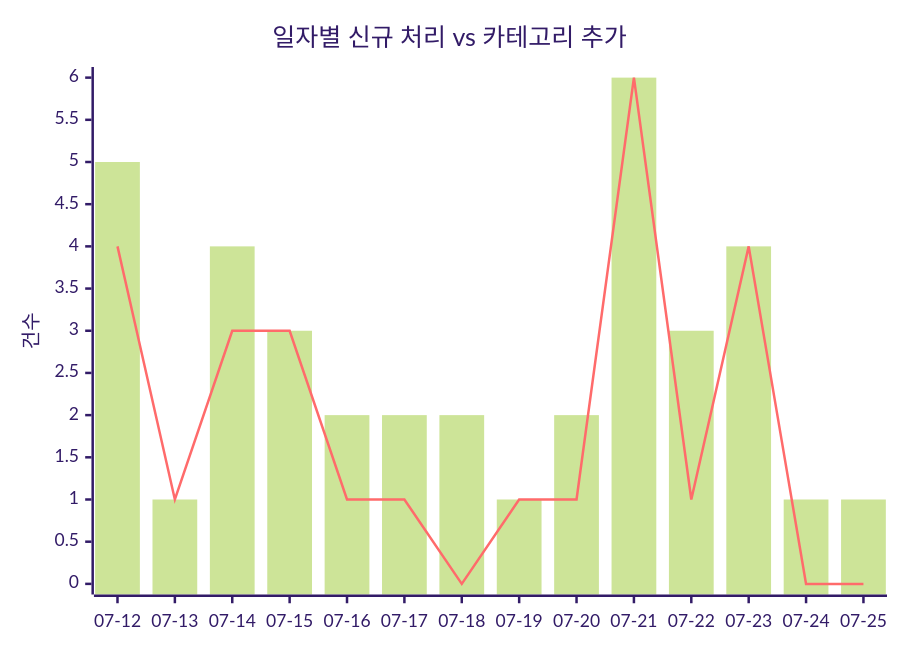
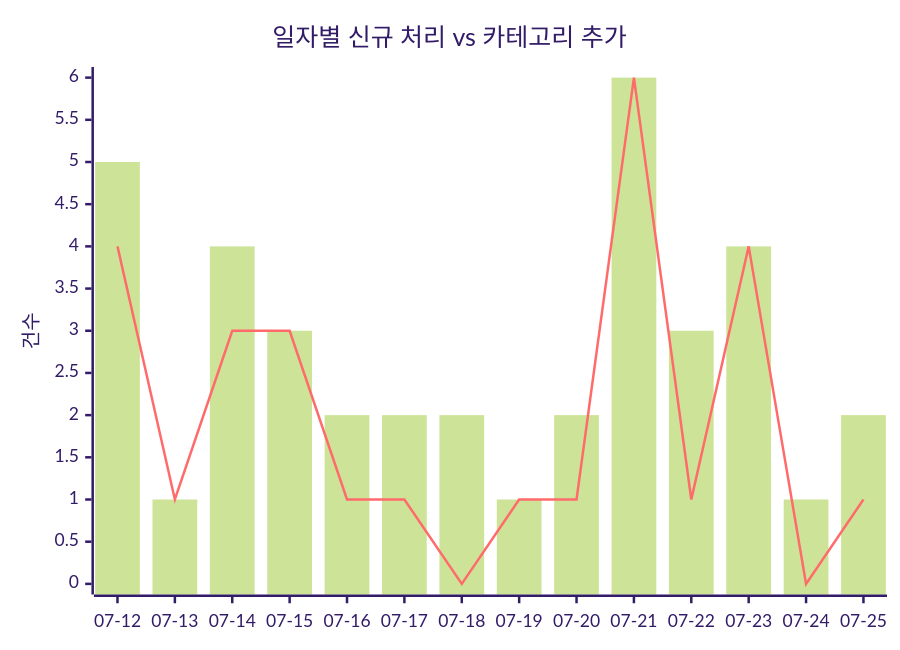
Before and after one commit to J-nowcow/awesome-korean-agent-skills: the first of 2 diagrams in docs/trends.md, drawn with Mermaid (forest theme). The commit also changed other lines of this file and 4 other files, not shown here.

````diff
--- a/docs/trends.md
+++ b/docs/trends.md
@@ -32,8 +32,8 @@
 ```mermaid
 xychart-beta
     title "일자별 신규 처리 vs 카테고리 추가"
     x-axis ["07-12","07-13","07-14","07-15","07-16","07-17","07-18","07-19","07-20","07-21","07-22","07-23","07-24","07-25"]
     y-axis "건수"
-    bar [5,1,4,3,2,2,2,1,2,6,3,4,1,1]
-    line [4,1,3,3,1,1,0,1,1,6,1,4,0,0]
+    bar [5,1,4,3,2,2,2,1,2,6,3,4,1,2]
+    line [4,1,3,3,1,1,0,1,1,6,1,4,0,1]
 ```
````
